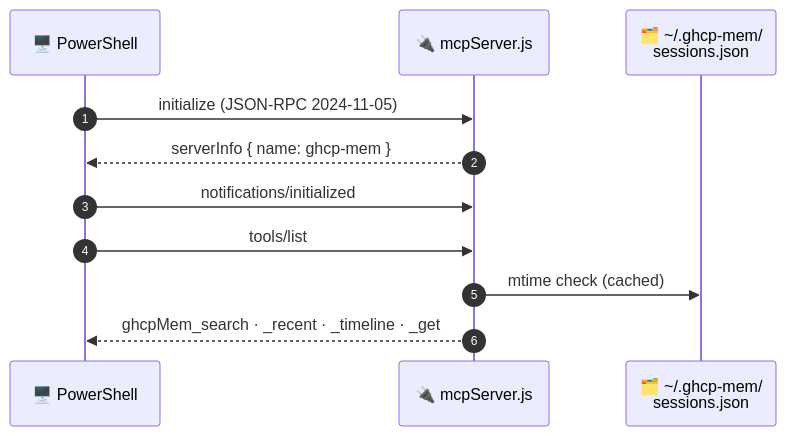
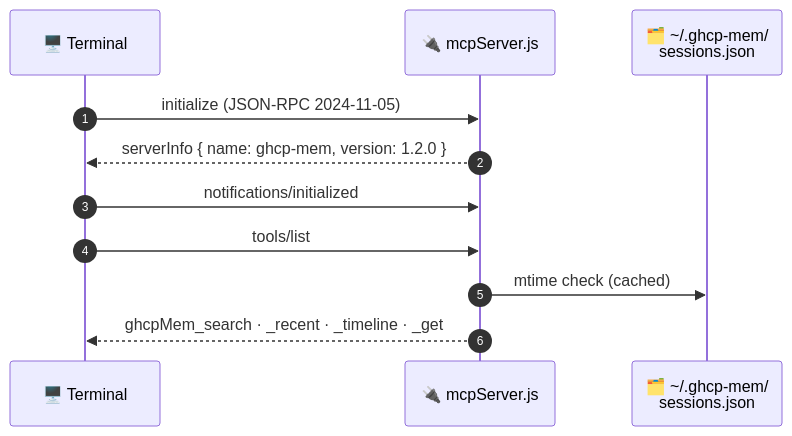
Before and after one commit to Oluseyi-Kofoworola/ghcp-mem: the fifth of 5 diagrams in docs/DEMO.md, drawn with Mermaid. The commit also changed other lines of this file and 1 other file, not shown here.

````diff
--- a/docs/DEMO.md
+++ b/docs/DEMO.md
@@ -216,13 +235,13 @@
 ```mermaid
 sequenceDiagram
     autonumber
-    participant CLI as 🖥️ PowerShell
+    participant CLI as 🖥️ Terminal
     participant MCP as 🔌 mcpServer.js
     participant STORE as 🗂️ ~/.ghcp-mem/<br/>sessions.json
     CLI->>MCP: initialize (JSON-RPC 2024-11-05)
-    MCP-->>CLI: serverInfo { name: ghcp-mem }
+    MCP-->>CLI: serverInfo { name: ghcp-mem, version: 1.2.0 }
     CLI->>MCP: notifications/initialized
     CLI->>MCP: tools/list
     MCP->>STORE: mtime check (cached)
     MCP-->>CLI: ghcpMem_search · _recent · _timeline · _get
 ```
````
